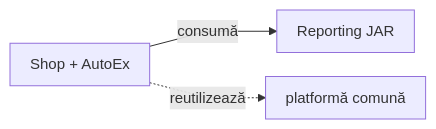
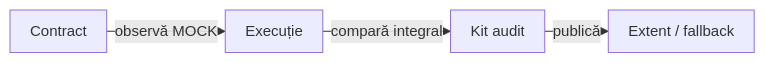
Before and after one commit to crististefanita/atf_j2: the first of 2 diagrams in README.md, drawn with Mermaid. The commit also changed other lines of this file and 360 other files, not shown here.

````diff
--- a/README.md
+++ b/README.md
@@ -110,10 +22,7 @@
 ```mermaid
-%%{init: {"themeVariables":{"fontSize":"15px"},"themeCSS":".nodeLabel, .nodeLabel p { font-size: 15px !important; line-height: 1.35 !important; } .edgeLabel, .edgeLabel p { font-size: 12px !important; font-weight: 400 !important; line-height: 1.2 !important; } .edgeLabel .labelBkg, .edgeLabel p { background: transparent !important; } .edgeLabel foreignObject { transform: translateY(-18px); overflow: visible; } .node rect { rx: 6px; ry: 6px; }","flowchart":{"curve":"linear","nodeSpacing":24,"rankSpacing":40,"padding":10,"diagramPadding":16}}}%%
+%%{init: {"themeVariables":{"fontSize":"15px"},"themeCSS":".nodeLabel, .nodeLabel p { font-size: 15px !important; line-height: 1.35 !important; } .edgeLabel, .edgeLabel p { font-size: 12px !important; font-weight: 400 !important; line-height: 1.2 !important; } .edgeLabel .labelBkg, .edgeLabel p { background: transparent !important; } .edgeLabel foreignObject { transform: translateY(-18px); overflow: visible; } .node rect { rx: 6px; ry: 6px; }","flowchart":{"curve":"linear","nodeSpacing":24,"rankSpacing":16,"padding":10,"diagramPadding":16}}}%%
 flowchart LR
-    Consumers[Shop + AutoEx]
-    Reporting["Reporting JAR"]
-    Platform[platformă comună]
-
-    Consumers -->|consumă| Reporting
-    Consumers -.->|reutilizează| Platform
+    Intent["Contract"] -->|observă MOCK| Execution["Execuție"]
+    Execution -->|compară integral| Audit["Kit audit"]
+    Audit -->|publică| Artifact["Extent / fallback"]
 ```
````
